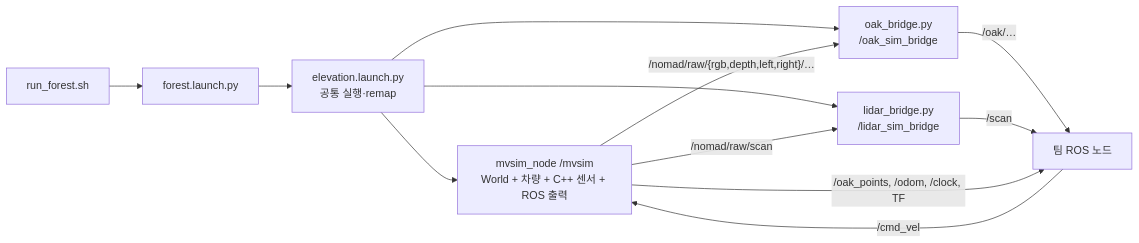
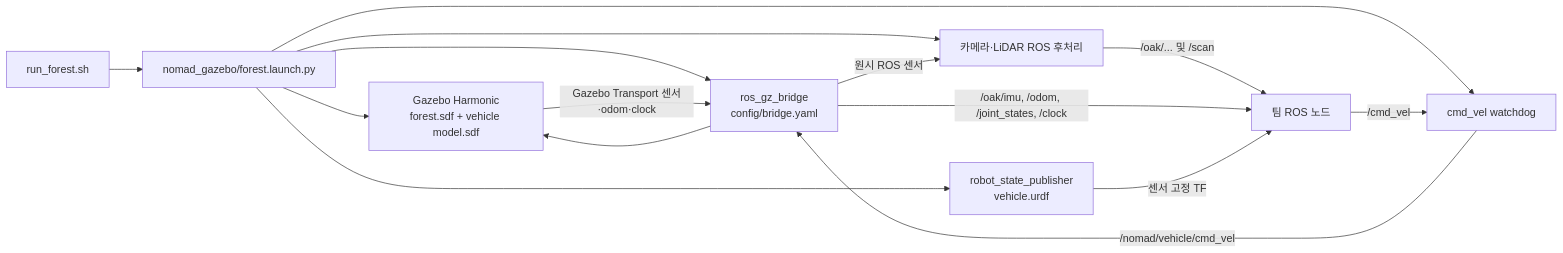
Before and after one commit to NOMAD-DnA/NOMAD_UBUNTU: the diagram in AGENTS.md, drawn with Mermaid. The commit also changed other lines of this file and 46 other files, not shown here.

Commit message:
feat(sim): switch NOMAD workspace to Gazebo Harmonic

````diff
--- a/AGENTS.md
+++ b/AGENTS.md
@@ -36,14 +39,17 @@
 ```mermaid
 flowchart LR
-    RUN["run_forest.sh"] --> FOREST["forest.launch.py"]
-    FOREST --> COMMON["elevation.launch.py<br/>공통 실행·remap"]
-    COMMON --> SIM["mvsim_node /mvsim<br/>World + 차량 + C++ 센서 + ROS 출력"]
-    COMMON --> OAK["oak_bridge.py<br/>/oak_sim_bridge"]
-    COMMON --> LIDAR["lidar_bridge.py<br/>/lidar_sim_bridge"]
-    SIM -->|"/nomad/raw/{rgb,depth,left,right}/…"| OAK
-    SIM -->|"/nomad/raw/scan"| LIDAR
-    OAK -->|"/oak/…"| APP["팀 ROS 노드"]
-    LIDAR -->|"/scan"| APP
-    SIM -->|"/oak_points, /odom, /clock, TF"| APP
-    APP -->|"/cmd_vel"| SIM
+    RUN[run_forest.sh] --> LAUNCH[nomad_gazebo/forest.launch.py]
+    LAUNCH --> GZ[Gazebo Harmonic<br/>forest.sdf + vehicle model.sdf]
+    LAUNCH --> BRIDGE[ros_gz_bridge<br/>config/bridge.yaml]
+    LAUNCH --> RSP[robot_state_publisher<br/>vehicle.urdf]
+    LAUNCH --> ADAPTER[카메라·LiDAR ROS 후처리]
+    LAUNCH --> WATCH[cmd_vel watchdog]
+    GZ -->|Gazebo Transport 센서·odom·clock| BRIDGE
+    BRIDGE -->|원시 ROS 센서| ADAPTER
+    ADAPTER -->|/oak/... 및 /scan| TEAM[팀 ROS 노드]
+    BRIDGE -->|/oak/imu, /odom, /joint_states, /clock| TEAM
+    RSP -->|센서 고정 TF| TEAM
+    TEAM -->|/cmd_vel| WATCH
+    WATCH -->|/nomad/vehicle/cmd_vel| BRIDGE
+    BRIDGE --> GZ
 ```
````
